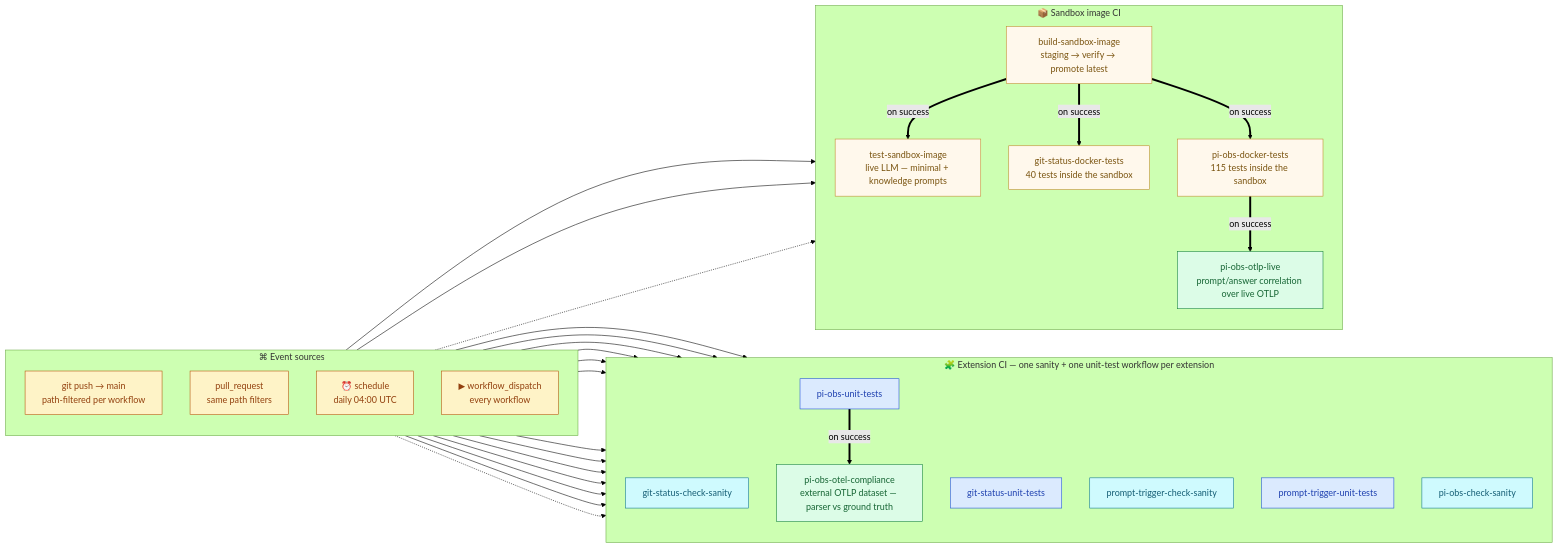
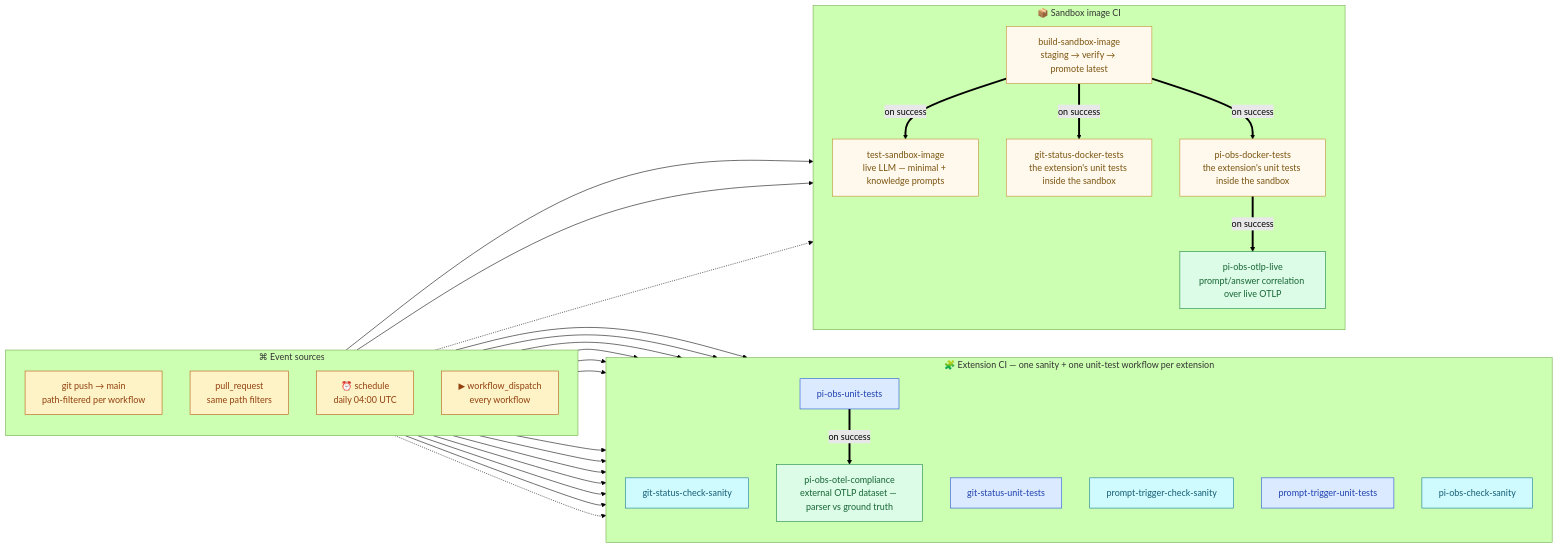
The diagram in CI.md (didier-durand/pi-fleet-kit), drawn with Mermaid (forest theme) before and after one commit. The commit also changed other lines of this file, not shown here.

Commit message:
CI.md: drop hardcoded test counts from graph nodes (they drift — the summaries are authoritative)

````diff
--- a/CI.md
+++ b/CI.md
@@ -9,52 +9,52 @@
 ```mermaid
 flowchart LR
   subgraph TRIG["⌘ Event sources"]
     direction TB
     PUSH["git push → main<br/>path-filtered per workflow"]
     PR["pull_request<br/>same path filters"]
     CRON["⏰ schedule<br/>daily 04:00 UTC"]
     DISPATCH["▶ workflow_dispatch<br/>every workflow"]
   end
 
   subgraph EXT["🧩 Extension CI — one sanity + one unit-test workflow per extension"]
     direction TB
     GS_SANITY["git-status-check-sanity"]
     GS_UNIT["git-status-unit-tests"]
     PT_SANITY["prompt-trigger-check-sanity"]
     PT_UNIT["prompt-trigger-unit-tests"]
     OBS_SANITY["pi-obs-check-sanity"]
     OBS_UNIT["pi-obs-unit-tests"]
     OBS_COMPLIANCE["pi-obs-otel-compliance<br/>external OTLP dataset — parser vs ground truth"]
   end
 
   subgraph IMG["📦 Sandbox image CI"]
     direction TB
     BUILD["build-sandbox-image<br/>staging → verify → promote latest"]
     TESTIMG["test-sandbox-image<br/>live LLM — minimal + knowledge prompts"]
-    GS_DOCKER["git-status-docker-tests<br/>40 tests inside the sandbox"]
-    OBS_DOCKER["pi-obs-docker-tests<br/>115 tests inside the sandbox"]
+    GS_DOCKER["git-status-docker-tests<br/>the extension's unit tests inside the sandbox"]
+    OBS_DOCKER["pi-obs-docker-tests<br/>the extension's unit tests inside the sandbox"]
     OBS_LIVE["pi-obs-otlp-live<br/>prompt/answer correlation over live OTLP"]
   end
 
   PUSH --> GS_SANITY & GS_UNIT & PT_SANITY & PT_UNIT & OBS_SANITY & OBS_UNIT & BUILD
   PR --> GS_SANITY & GS_UNIT & PT_SANITY & PT_UNIT & OBS_SANITY & OBS_UNIT
   CRON --> BUILD
   DISPATCH -.-> EXT
   DISPATCH -.-> IMG
   BUILD == "on success" ==> TESTIMG
   BUILD == "on success" ==> GS_DOCKER
   BUILD == "on success" ==> OBS_DOCKER
   OBS_UNIT == "on success" ==> OBS_COMPLIANCE
   OBS_DOCKER == "on success" ==> OBS_LIVE
 
   classDef trig fill:#FEF3C7,stroke:#B45309,color:#92400E
   classDef sanity fill:#CFFAFE,stroke:#0E7490,color:#155E75
   classDef unit fill:#DBEAFE,stroke:#1D4ED8,color:#1E40AF
   classDef compliance fill:#DCFCE7,stroke:#15803D,color:#166534
   classDef image fill:#FFF8EC,stroke:#C08A2D,color:#7A5410
   class PUSH,PR,CRON,DISPATCH trig
   class GS_SANITY,PT_SANITY,OBS_SANITY sanity
   class GS_UNIT,PT_UNIT,OBS_UNIT unit
   class OBS_COMPLIANCE,OBS_LIVE compliance
   class BUILD,TESTIMG,GS_DOCKER,OBS_DOCKER image
 ```
````
